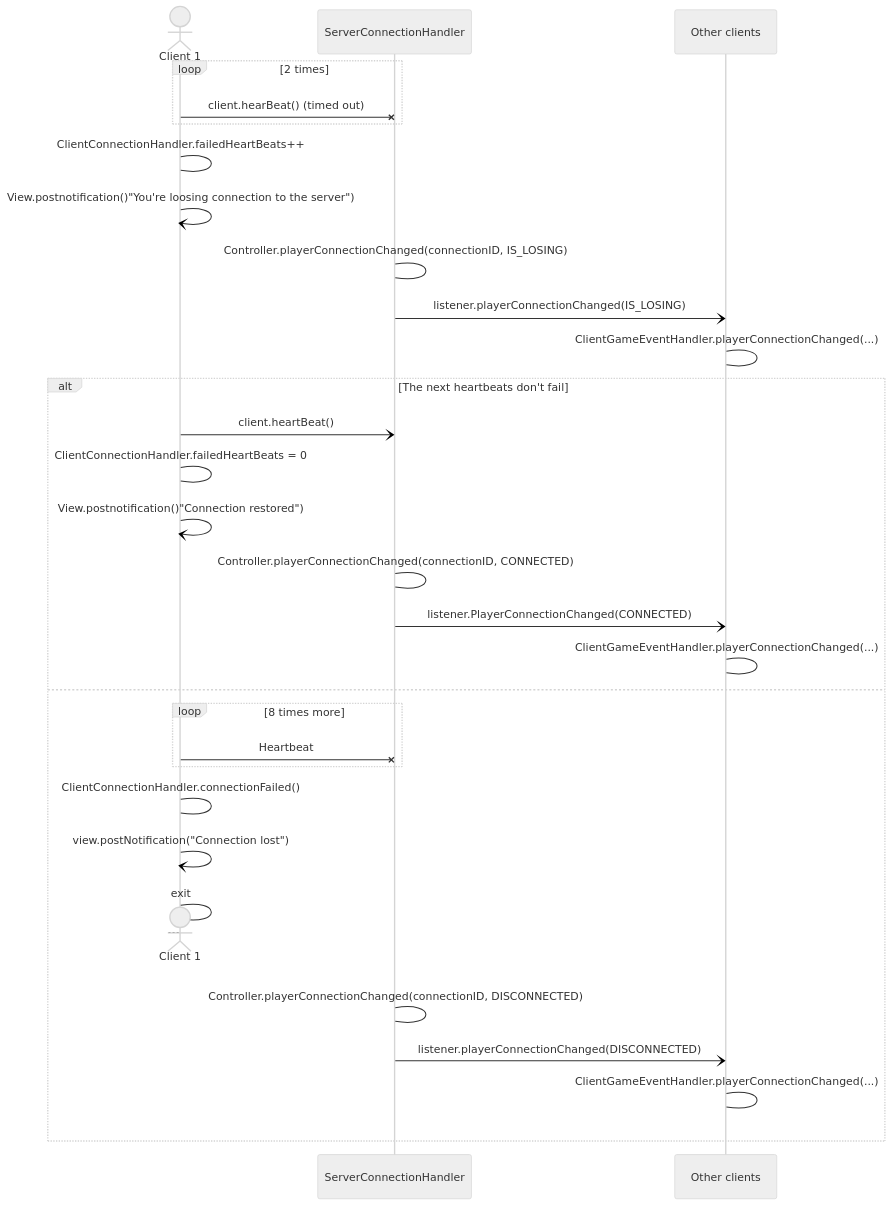
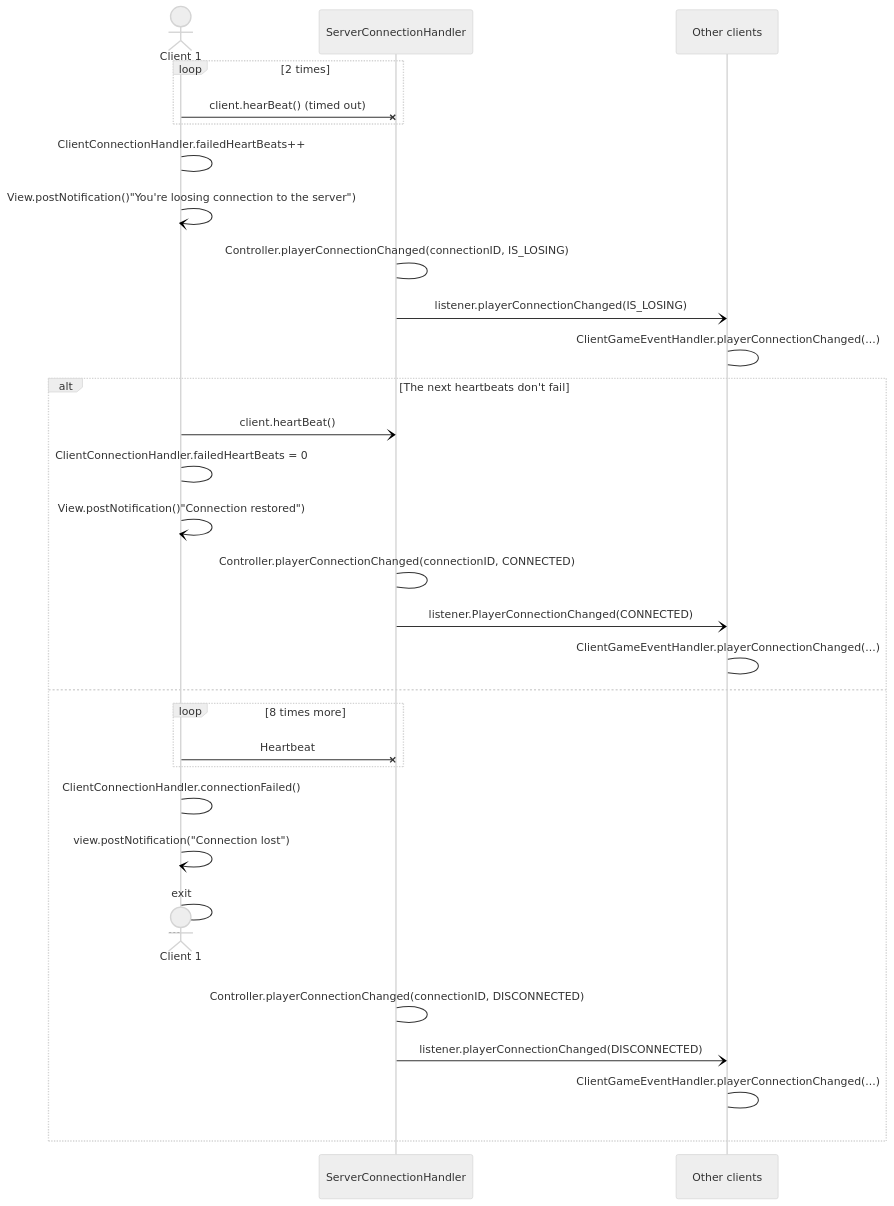
One commit to frephs/IS24-AM21 changed the second of 9 diagrams in documentation_wip/network_protocol.md. Above: the diagram before and after it, drawn with Mermaid (neutral theme). The commit also changed other lines of this file, not shown here.

````diff
--- a/documentation_wip/network_protocol.md
+++ b/documentation_wip/network_protocol.md
@@ -40,37 +40,37 @@
 ```mermaid
 sequenceDiagram
     actor Client 1
     loop 2 times
     Client 1 -x ServerConnectionHandler: client.hearBeat() (timed out)
     end 
     Client 1 -> Client 1 : ClientConnectionHandler.failedHeartBeats++
-    Client 1 -) Client 1 : View.postnotification()"You're loosing connection to the server")
+    Client 1 -) Client 1 : View.postNotification()"You're loosing connection to the server")
     ServerConnectionHandler ->  ServerConnectionHandler : Controller.playerConnectionChanged(connectionID, IS_LOSING)
     ServerConnectionHandler -) Other clients : listener.playerConnectionChanged(IS_LOSING)
     Other clients -> Other clients : ClientGameEventHandler.playerConnectionChanged(...)
     alt The next heartbeats don't fail
         Client 1 -) ServerConnectionHandler: client.heartBeat()
 
         Client 1 -> Client 1 : ClientConnectionHandler.failedHeartBeats = 0
-    Client 1 -) Client 1 : View.postnotification()"Connection restored")
+    Client 1 -) Client 1 : View.postNotification()"Connection restored")
     ServerConnectionHandler ->  ServerConnectionHandler : Controller.playerConnectionChanged(connectionID, CONNECTED)
     ServerConnectionHandler -) Other clients : listener.PlayerConnectionChanged(CONNECTED)
     Other clients -> Other clients : ClientGameEventHandler.playerConnectionChanged(...)
     else 
     loop 8 times more
         Client 1 -x ServerConnectionHandler: Heartbeat 
     end 
     Client 1 -> Client 1 : ClientConnectionHandler.connectionFailed()
 
     Client 1 -) Client 1 : view.postNotification("Connection lost")
 
     Client 1 -> Client 1 : exit
     Destroy Client 1
     Client 1 --> Client 1 : 
     ServerConnectionHandler ->  ServerConnectionHandler : Controller.playerConnectionChanged(connectionID, DISCONNECTED)
     ServerConnectionHandler -) Other clients: listener.playerConnectionChanged(DISCONNECTED)
     Other clients -> Other clients : ClientGameEventHandler.playerConnectionChanged(...)
     end
     
 
 ```
````
